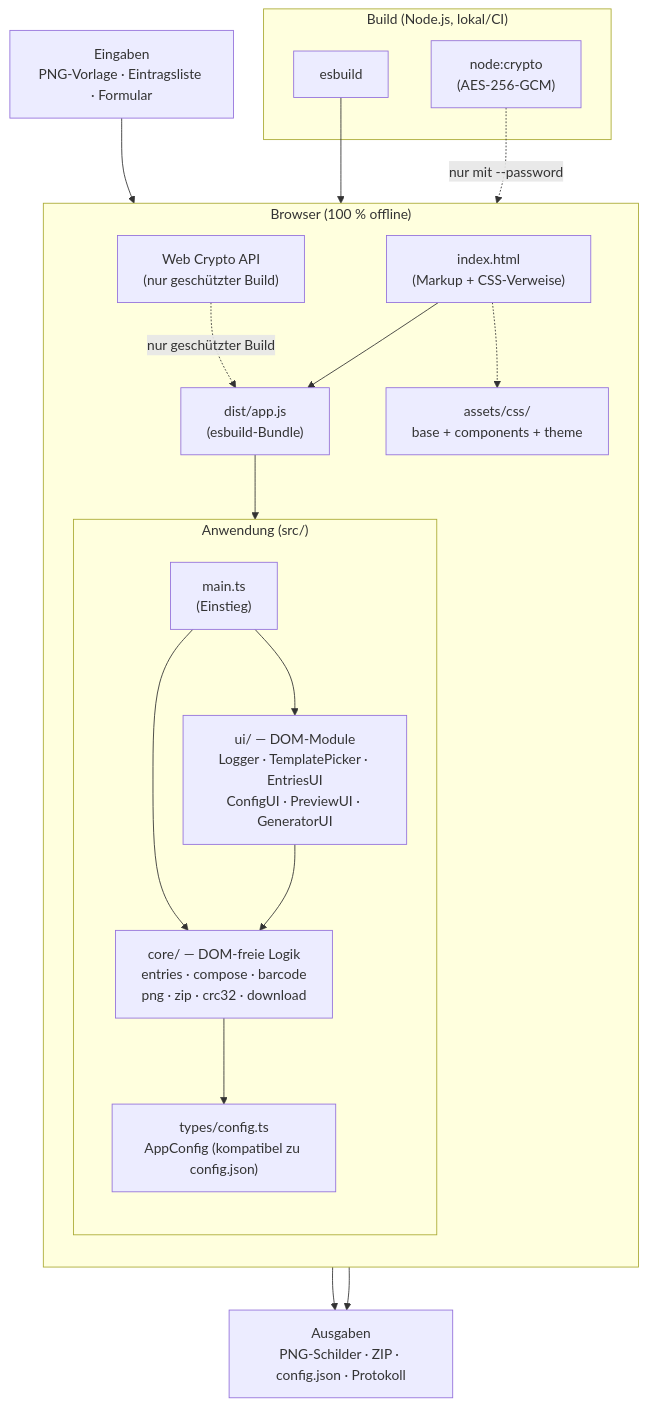
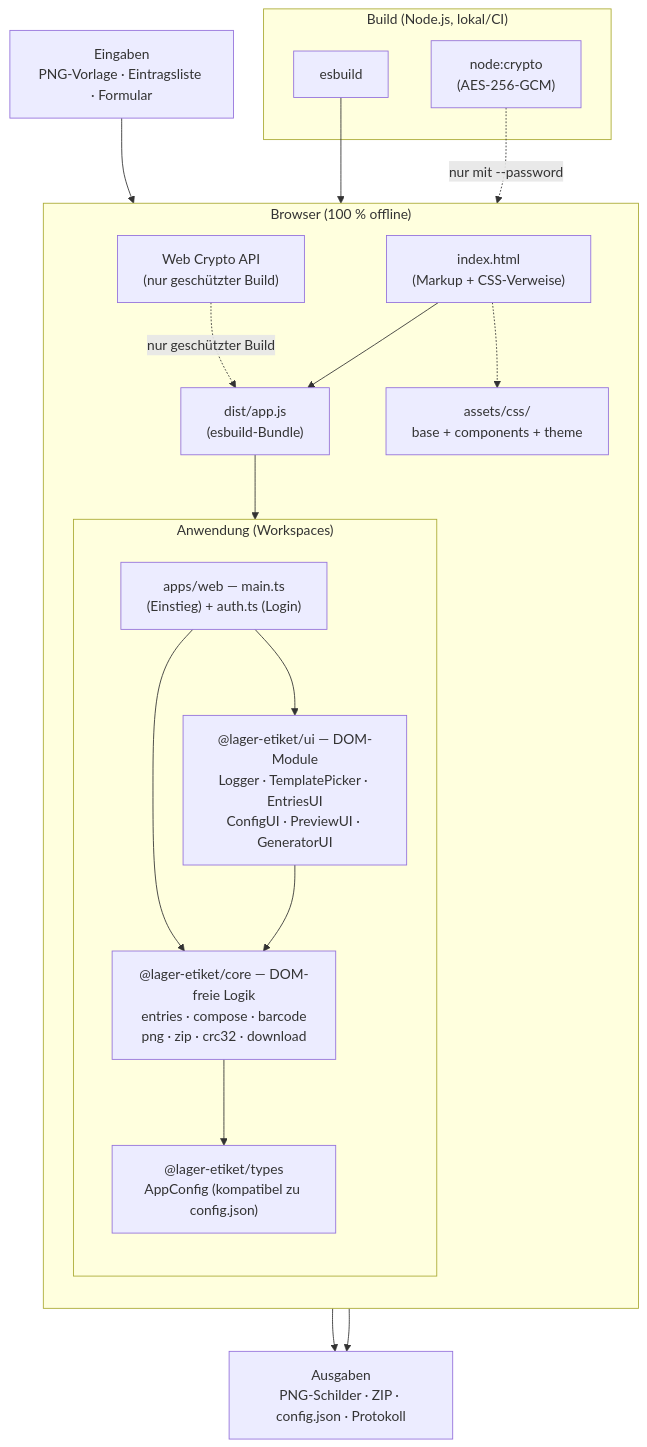
The first of 5 diagrams in docs/ARCHITECTURE.md (MaxHambi/Lager-etiket), drawn with Mermaid before and after one commit. The commit also changed other lines of this file and 77 other files, not shown here.

````diff
--- a/docs/ARCHITECTURE.md
+++ b/docs/ARCHITECTURE.md
@@ -14,43 +15,43 @@
 ```mermaid
 graph TB
     subgraph Browser["Browser (100 % offline)"]
         direction TB
         HTML["index.html<br/>(Markup + CSS-Verweise)"]
         CSS["assets/css/<br/>base + components + theme"]
         JS["dist/app.js<br/>(esbuild-Bundle)"]
 
-        subgraph App["Anwendung (src/)"]
+        subgraph App["Anwendung (Workspaces)"]
             direction TB
-            ENTRY["main.ts<br/>(Einstieg)"]
-            UI["ui/ — DOM-Module<br/>Logger · TemplatePicker · EntriesUI<br/>ConfigUI · PreviewUI · GeneratorUI"]
-            CORE["core/ — DOM-freie Logik<br/>entries · compose · barcode<br/>png · zip · crc32 · download"]
-            TYPES["types/config.ts<br/>AppConfig (kompatibel zu config.json)"]
+            ENTRY["apps/web — main.ts<br/>(Einstieg) + auth.ts (Login)"]
+            UI["@lager-etiket/ui — DOM-Module<br/>Logger · TemplatePicker · EntriesUI<br/>ConfigUI · PreviewUI · GeneratorUI"]
+            CORE["@lager-etiket/core — DOM-freie Logik<br/>entries · compose · barcode<br/>png · zip · crc32 · download"]
+            TYPES["@lager-etiket/types<br/>AppConfig (kompatibel zu config.json)"]
         end
 
         WCRYPT["Web Crypto API<br/>(nur geschützter Build)"]
     end
 
     subgraph Build["Build (Node.js, lokal/CI)"]
         ESBUILD["esbuild"]
         NODECRYPT["node:crypto<br/>(AES-256-GCM)"]
     end
 
     INPUTS["Eingaben<br/>PNG-Vorlage · Eintragsliste · Formular"]
     OUTPUTS["Ausgaben<br/>PNG-Schilder · ZIP · config.json · Protokoll"]
 
     HTML --> JS
     HTML -.-> CSS
     JS --> ENTRY
     ENTRY --> UI
     ENTRY --> CORE
     CORE --> TYPES
     UI --> CORE
 
     INPUTS --> UI
     UI --> OUTPUTS
     CORE --> OUTPUTS
 
     ESBUILD --> JS
     NODECRYPT -.->|"nur mit --password"| JS
     WCRYPT -.->|"nur geschützter Build"| JS
 ```
````
